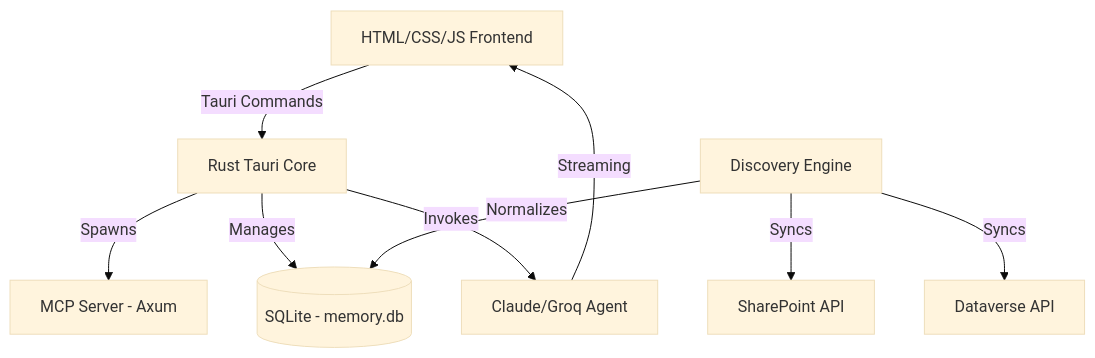
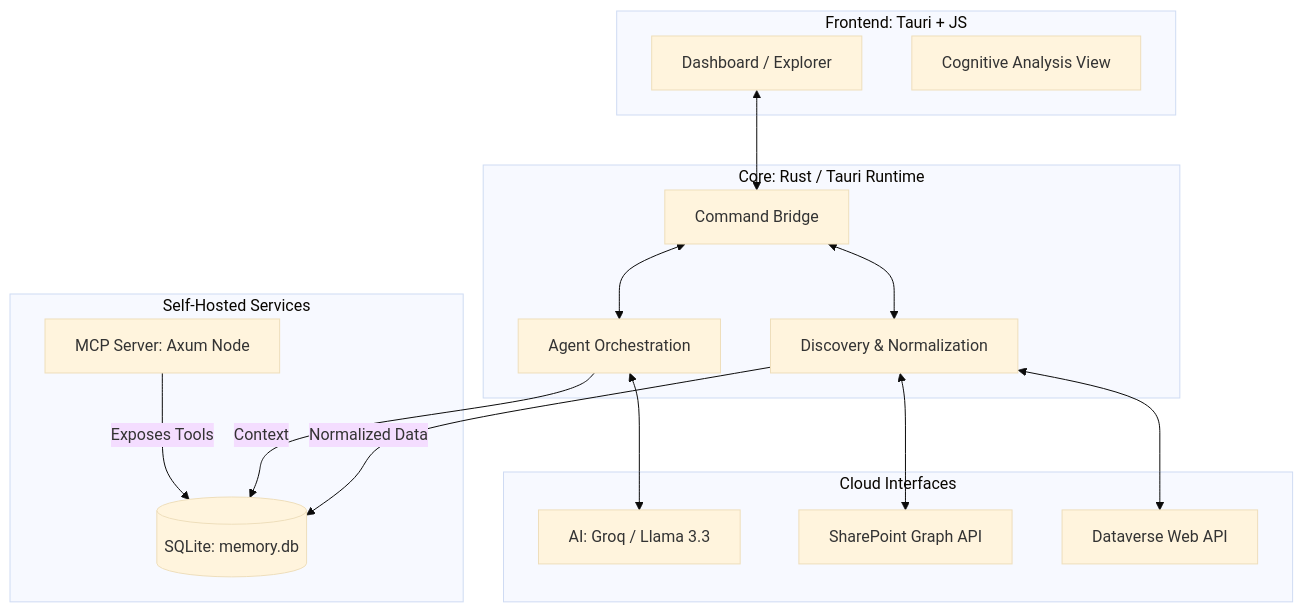
One commit to Subiksha1306/MCP changed the diagram in BRD.md. Above: the diagram before and after it, drawn with Mermaid (base theme). The commit also changed other lines of this file and 7 other files, not shown here.

Commit message:
Initialize Nexus MCP Server: Integrated Rust backend, Tauri desktop UI, and fixed concurrency issues

````diff
--- a/BRD.md
+++ b/BRD.md
@@ -85,13 +43,37 @@
 ```mermaid
 graph TD
-    UI[HTML/CSS/JS Frontend] -->|Tauri Commands| Backend[Rust Tauri Core]
-    Backend -->|Spawns| MCPServer[MCP Server - Axum]
-    Backend -->|Manages| DB[(SQLite - memory.db)]
-    Backend -->|Invokes| Agent[Claude/Groq Agent]
+    subgraph UI_Layer [Frontend: Tauri + JS]
+        MainUI[Dashboard / Explorer]
+        InsightPanel[Cognitive Analysis View]
+    end
+
+    subgraph Backend_Core [Core: Rust / Tauri Runtime]
+        TauriCmds[Command Bridge]
+        DiscoveryEngine[Discovery & Normalization]
+        AgentControl[Agent Orchestration]
+    end
+
+    subgraph Infrastructure [Self-Hosted Services]
+        MCPServer[MCP Server: Axum Node]
+        LocalDB[(SQLite: memory.db)]
+    end
+
+    subgraph External_Services [Cloud Interfaces]
+        GroqAPI[AI: Groq / Llama 3.3]
+        SP_API[SharePoint Graph API]
+        DV_API[Dataverse Web API]
+    end
+
+    MainUI <--> TauriCmds
+    TauriCmds <--> DiscoveryEngine
+    TauriCmds <--> AgentControl
     
-    Discovery[Discovery Engine] -->|Syncs| SP[SharePoint API]
-    Discovery -->|Syncs| DV[Dataverse API]
-    Discovery -->|Normalizes| DB
+    DiscoveryEngine -->|Normalized Data| LocalDB
+    DiscoveryEngine <--> SP_API
+    DiscoveryEngine <--> DV_API
     
-    Agent -->|Streaming| UI
+    AgentControl <--> GroqAPI
+    AgentControl -->|Context| LocalDB
+    
+    MCPServer -->|Exposes Tools| LocalDB
 ```
````
